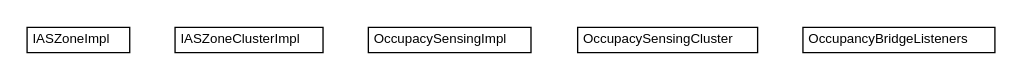
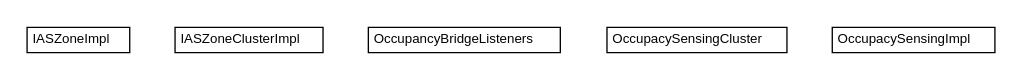
Before and after one commit to universAAL/lddi: the diagram in lddi.pom/apidocs/org/universAAL/lddi/zigbee/commissioning/clusters/impl/org.universAAL.lddi.zigbee.commissioning.clusters.impl.dot, drawn with Graphviz. The commit also changed 4179 other files, not shown here.

```diff
--- a/lddi.pom/apidocs/org/universAAL/lddi/zigbee/commissioning/clusters/impl/org.universAAL.lddi.zigbee.commissioning.clusters.impl.dot
+++ b/lddi.pom/apidocs/org/universAAL/lddi/zigbee/commissioning/clusters/impl/org.universAAL.lddi.zigbee.commissioning.clusters.impl.dot
@@ -1,42 +1,42 @@
 #!/usr/local/bin/dot
 #
 # Class diagram 
 # Generated by UMLGraph version R5_6-24-gf6e263 (http://www.umlgraph.org/)
 #
 
 digraph G {
 	edge [fontname="Helvetica",fontsize=10,labelfontname="Helvetica",labelfontsize=10];
 	node [fontname="Helvetica",fontsize=10,shape=plaintext];
 	nodesep=0.25;
 	ranksep=0.5;
 	// org.universAAL.lddi.zigbee.commissioning.clusters.impl.IASZoneImpl
-	c37665 [label=<<table title="org.universAAL.lddi.zigbee.commissioning.clusters.impl.IASZoneImpl" border="0" cellborder="1" cellspacing="0" cellpadding="2" port="p" href="./IASZoneImpl.html">
+	c38779 [label=<<table title="org.universAAL.lddi.zigbee.commissioning.clusters.impl.IASZoneImpl" border="0" cellborder="1" cellspacing="0" cellpadding="2" port="p" href="./IASZoneImpl.html">
 		<tr><td><table border="0" cellspacing="0" cellpadding="1">
 <tr><td align="center" balign="center"> IASZoneImpl </td></tr>
 		</table></td></tr>
 		</table>>, URL="./IASZoneImpl.html", fontname="Helvetica", fontcolor="black", fontsize=10.0];
 	// org.universAAL.lddi.zigbee.commissioning.clusters.impl.IASZoneClusterImpl
-	c37666 [label=<<table title="org.universAAL.lddi.zigbee.commissioning.clusters.impl.IASZoneClusterImpl" border="0" cellborder="1" cellspacing="0" cellpadding="2" port="p" href="./IASZoneClusterImpl.html">
+	c38780 [label=<<table title="org.universAAL.lddi.zigbee.commissioning.clusters.impl.IASZoneClusterImpl" border="0" cellborder="1" cellspacing="0" cellpadding="2" port="p" href="./IASZoneClusterImpl.html">
 		<tr><td><table border="0" cellspacing="0" cellpadding="1">
 <tr><td align="center" balign="center"> IASZoneClusterImpl </td></tr>
 		</table></td></tr>
 		</table>>, URL="./IASZoneClusterImpl.html", fontname="Helvetica", fontcolor="black", fontsize=10.0];
+	// org.universAAL.lddi.zigbee.commissioning.clusters.impl.OccupancyBridgeListeners
+	c38781 [label=<<table title="org.universAAL.lddi.zigbee.commissioning.clusters.impl.OccupancyBridgeListeners" border="0" cellborder="1" cellspacing="0" cellpadding="2" port="p" href="./OccupancyBridgeListeners.html">
+		<tr><td><table border="0" cellspacing="0" cellpadding="1">
+<tr><td align="center" balign="center"> OccupancyBridgeListeners </td></tr>
+		</table></td></tr>
+		</table>>, URL="./OccupancyBridgeListeners.html", fontname="Helvetica", fontcolor="black", fontsize=10.0];
+	// org.universAAL.lddi.zigbee.commissioning.clusters.impl.OccupacySensingCluster
+	c38782 [label=<<table title="org.universAAL.lddi.zigbee.commissioning.clusters.impl.OccupacySensingCluster" border="0" cellborder="1" cellspacing="0" cellpadding="2" port="p" href="./OccupacySensingCluster.html">
+		<tr><td><table border="0" cellspacing="0" cellpadding="1">
+<tr><td align="center" balign="center"> OccupacySensingCluster </td></tr>
+		</table></td></tr>
+		</table>>, URL="./OccupacySensingCluster.html", fontname="Helvetica", fontcolor="black", fontsize=10.0];
 	// org.universAAL.lddi.zigbee.commissioning.clusters.impl.OccupacySensingImpl
-	c37667 [label=<<table title="org.universAAL.lddi.zigbee.commissioning.clusters.impl.OccupacySensingImpl" border="0" cellborder="1" cellspacing="0" cellpadding="2" port="p" href="./OccupacySensingImpl.html">
+	c38783 [label=<<table title="org.universAAL.lddi.zigbee.commissioning.clusters.impl.OccupacySensingImpl" border="0" cellborder="1" cellspacing="0" cellpadding="2" port="p" href="./OccupacySensingImpl.html">
 		<tr><td><table border="0" cellspacing="0" cellpadding="1">
 <tr><td align="center" balign="center"> OccupacySensingImpl </td></tr>
 		</table></td></tr>
 		</table>>, URL="./OccupacySensingImpl.html", fontname="Helvetica", fontcolor="black", fontsize=10.0];
-	// org.universAAL.lddi.zigbee.commissioning.clusters.impl.OccupacySensingCluster
-	c37668 [label=<<table title="org.universAAL.lddi.zigbee.commissioning.clusters.impl.OccupacySensingCluster" border="0" cellborder="1" cellspacing="0" cellpadding="2" port="p" href="./OccupacySensingCluster.html">
-		<tr><td><table border="0" cellspacing="0" cellpadding="1">
-<tr><td align="center" balign="center"> OccupacySensingCluster </td></tr>
-		</table></td></tr>
-		</table>>, URL="./OccupacySensingCluster.html", fontname="Helvetica", fontcolor="black", fontsize=10.0];
-	// org.universAAL.lddi.zigbee.commissioning.clusters.impl.OccupancyBridgeListeners
-	c37669 [label=<<table title="org.universAAL.lddi.zigbee.commissioning.clusters.impl.OccupancyBridgeListeners" border="0" cellborder="1" cellspacing="0" cellpadding="2" port="p" href="./OccupancyBridgeListeners.html">
-		<tr><td><table border="0" cellspacing="0" cellpadding="1">
-<tr><td align="center" balign="center"> OccupancyBridgeListeners </td></tr>
-		</table></td></tr>
-		</table>>, URL="./OccupancyBridgeListeners.html", fontname="Helvetica", fontcolor="black", fontsize=10.0];
 }
```
